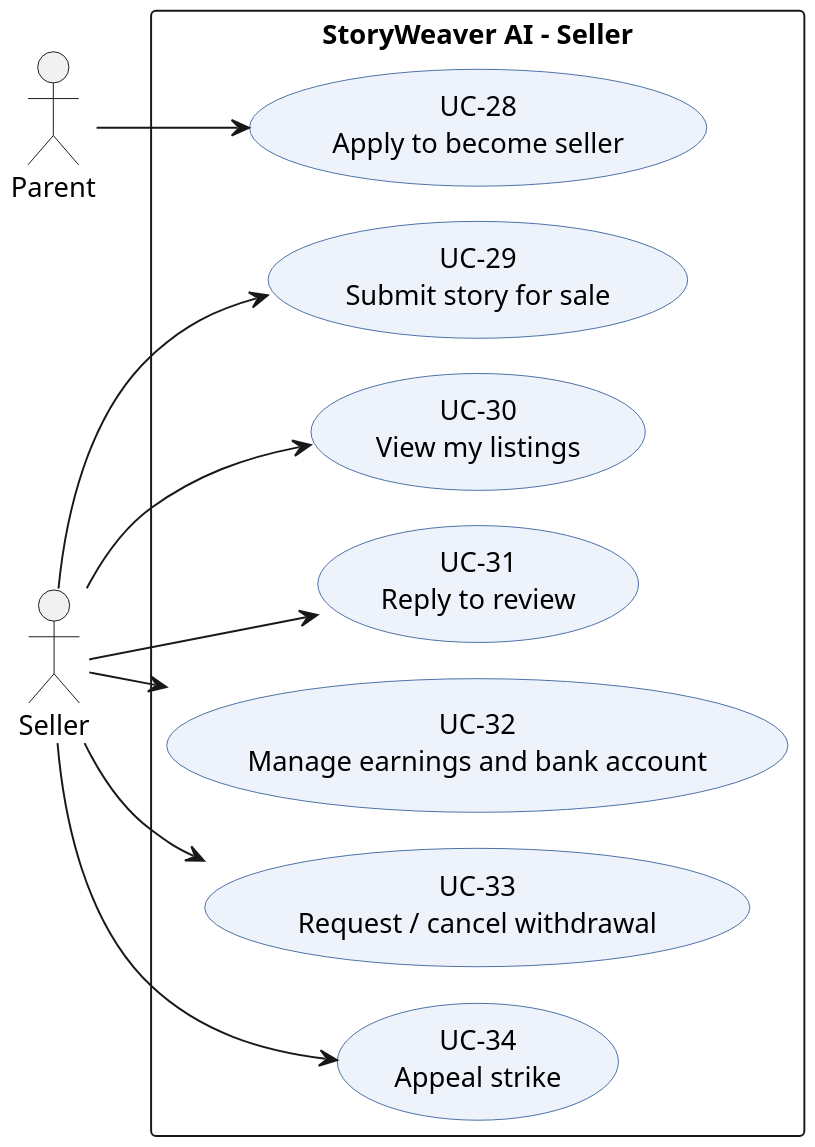
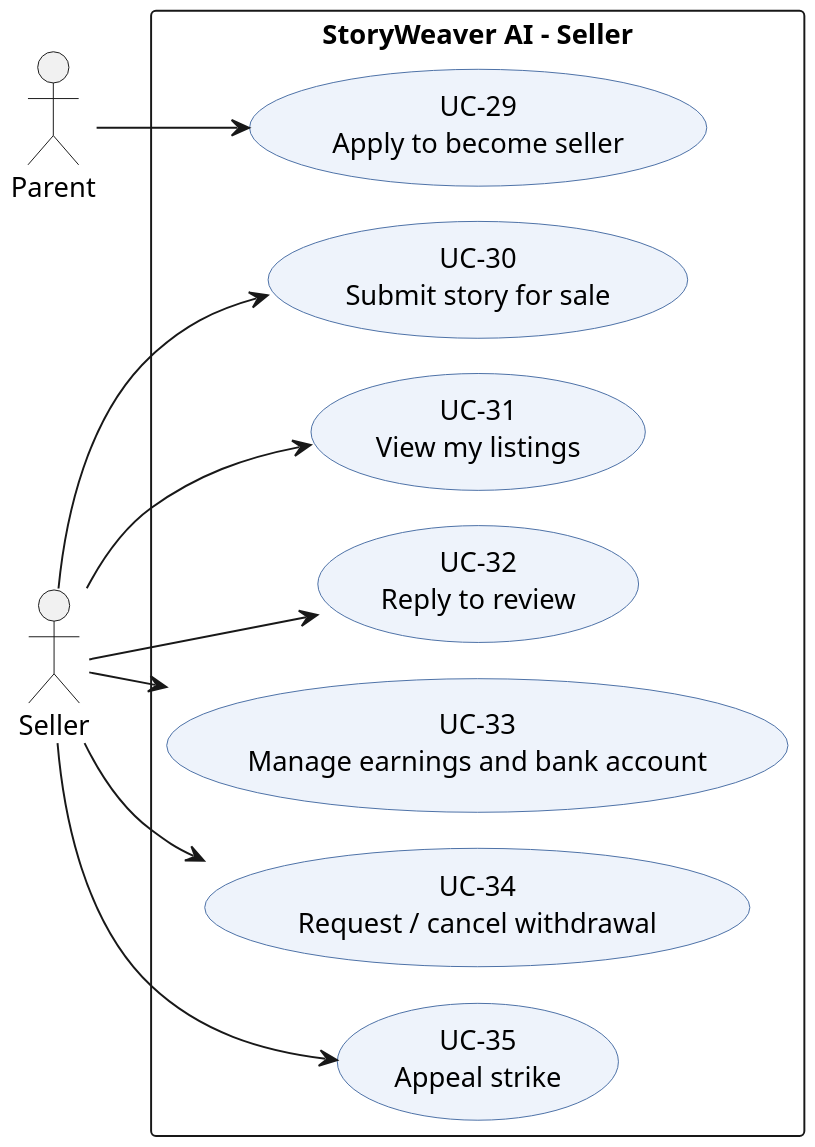
One commit to SEP490-GFA26SE186/BE changed the diagram in docs/diagrams/srs/usecase-6-seller.puml. Above: the diagram before and after it, drawn with PlantUML. The commit also changed 23 other files, not shown here.

Commit message:
Update diagrams and add new sequences for admin and analysis features; enhance class structures and use cases for better clarity and functionality.

```diff
--- a/docs/diagrams/srs/usecase-6-seller.puml
+++ b/docs/diagrams/srs/usecase-6-seller.puml
@@ -1,27 +1,27 @@
 @startuml
 !pragma layout smetana
 left to right direction
 skinparam dpi 180
 skinparam shadowing false
 skinparam defaultFontName Arial
 skinparam usecaseBackgroundColor #EEF3FB
 skinparam usecaseBorderColor #4A6FA5
 actor "Parent" as Parent
 actor "Seller" as Seller
 rectangle "StoryWeaver AI – Seller" {
-  usecase "UC-28\nApply to become seller" as UC28
-  usecase "UC-29\nSubmit story for sale" as UC29
-  usecase "UC-30\nView my listings" as UC30
-  usecase "UC-31\nReply to review" as UC31
-  usecase "UC-32\nManage earnings and bank account" as UC32
-  usecase "UC-33\nRequest / cancel withdrawal" as UC33
-  usecase "UC-34\nAppeal strike" as UC34
+  usecase "UC-29\nApply to become seller" as UC29
+  usecase "UC-30\nSubmit story for sale" as UC30
+  usecase "UC-31\nView my listings" as UC31
+  usecase "UC-32\nReply to review" as UC32
+  usecase "UC-33\nManage earnings and bank account" as UC33
+  usecase "UC-34\nRequest / cancel withdrawal" as UC34
+  usecase "UC-35\nAppeal strike" as UC35
 }
-Parent --> UC28
-Seller --> UC29
+Parent --> UC29
 Seller --> UC30
 Seller --> UC31
 Seller --> UC32
 Seller --> UC33
 Seller --> UC34
+Seller --> UC35
 @enduml
```
